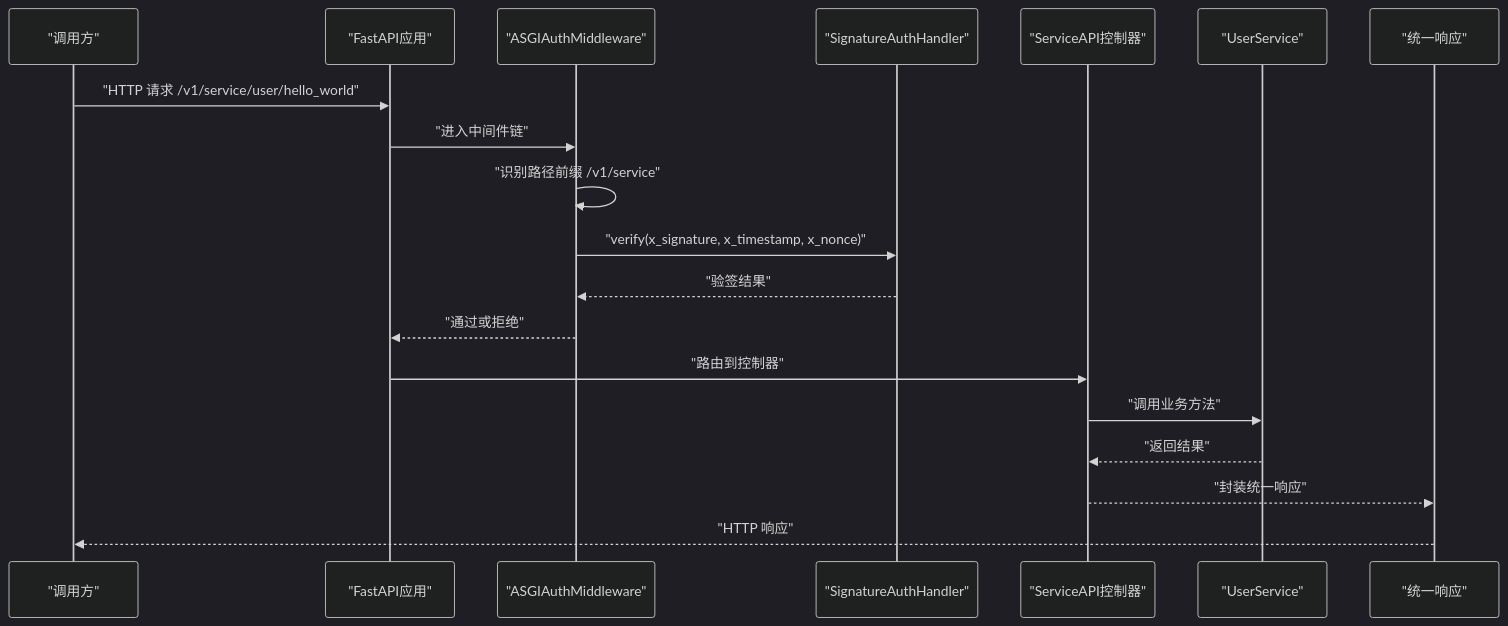
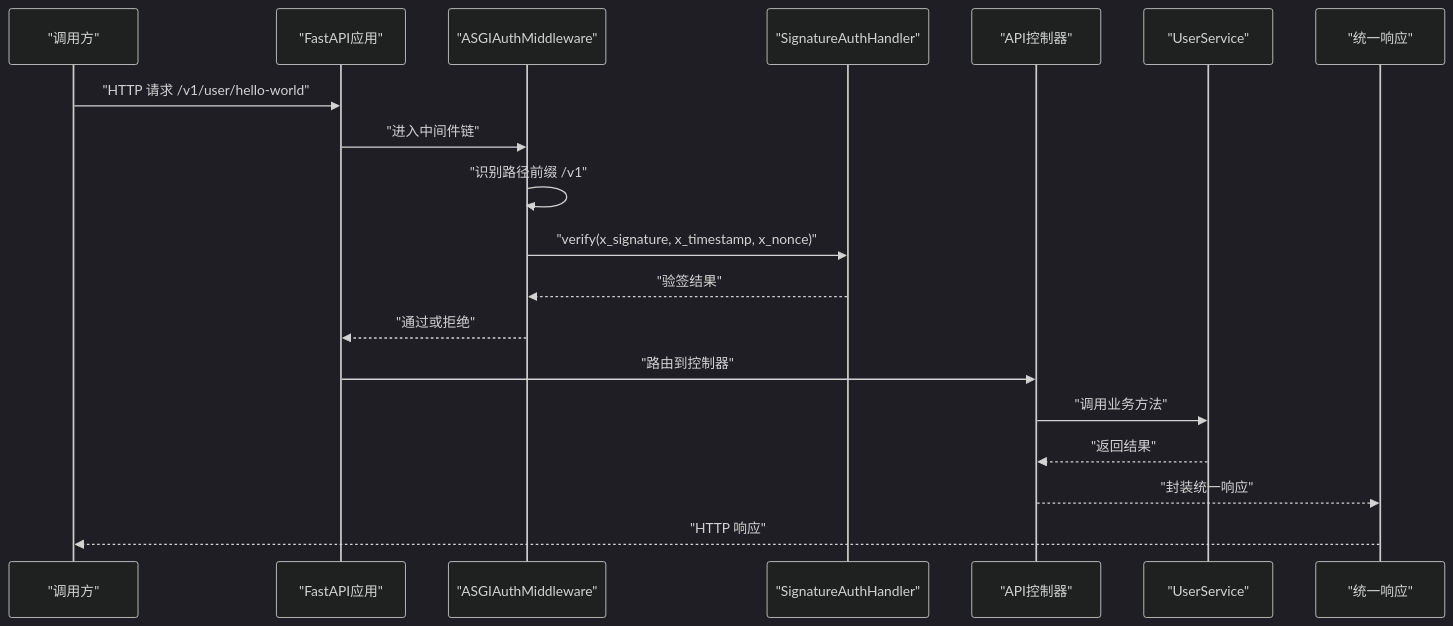
Before and after one commit to lilinzezzzzzz/fastapi-backend: the second of 6 diagrams in .qoder/repowiki/zh/content/API接口文档/Service API接口.md, drawn with Mermaid (dark theme). The commit also changed other lines of this file and 42 other files, not shown here.

````diff
--- a/.qoder/repowiki/zh/content/API接口文档/Service API接口.md
+++ b/.qoder/repowiki/zh/content/API接口文档/Service API接口.md
@@ -105,21 +134,21 @@
 ```mermaid
 sequenceDiagram
 participant Caller as "调用方"
 participant App as "FastAPI应用"
 participant Auth as "ASGIAuthMiddleware"
 participant Sig as "SignatureAuthHandler"
-participant Ctrl as "ServiceAPI控制器"
+participant Ctrl as "API控制器"
 participant Svc as "UserService"
 participant Resp as "统一响应"
-Caller->>App : "HTTP 请求 /v1/service/user/hello_world"
+Caller->>App : "HTTP 请求 /v1/user/hello-world"
 App->>Auth : "进入中间件链"
-Auth->>Auth : "识别路径前缀 /v1/service"
+Auth->>Auth : "识别路径前缀 /v1"
 Auth->>Sig : "verify(x_signature, x_timestamp, x_nonce)"
 Sig-->>Auth : "验签结果"
 Auth-->>App : "通过或拒绝"
 App->>Ctrl : "路由到控制器"
 Ctrl->>Svc : "调用业务方法"
 Svc-->>Ctrl : "返回结果"
 Ctrl-->>Resp : "封装统一响应"
 Resp-->>Caller : "HTTP 响应"
 ```
````
